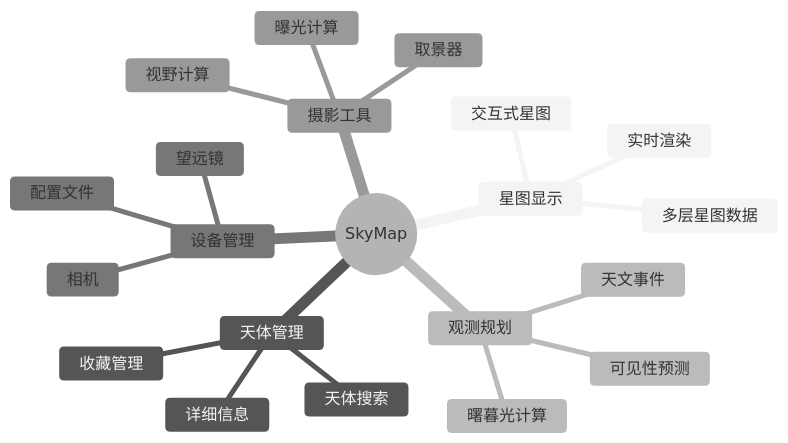
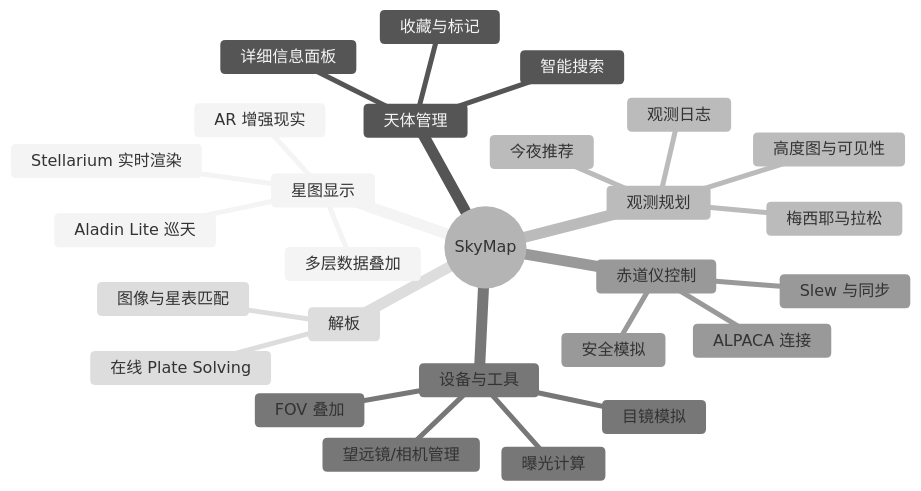
One commit to MaxQian888/cobalt-skymap changed the diagram in docs/getting-started/quick-tour.md. Above: the diagram before and after it, drawn with Mermaid (neutral theme). The commit also changed other lines of this file and 253 other files, not shown here.

````diff
--- a/docs/getting-started/quick-tour.md
+++ b/docs/getting-started/quick-tour.md
@@ -27,24 +25,30 @@
 ```mermaid
 mindmap
   root((SkyMap))
     星图显示
-      交互式星图
-      多层星图数据
-      实时渲染
+      Stellarium 实时渲染
+      Aladin Lite 巡天
+      AR 增强现实
+      多层数据叠加
     天体管理
-      天体搜索
-      详细信息
-      收藏管理
+      智能搜索
+      详细信息面板
+      收藏与标记
     观测规划
-      可见性预测
-      曙暮光计算
-      天文事件
-    设备管理
-      望远镜
-      相机
-      配置文件
-    摄影工具
-      视野计算
+      今夜推荐
+      高度图与可见性
+      梅西耶马拉松
+      观测日志
+    设备与工具
+      望远镜/相机管理
+      FOV 叠加
       曝光计算
-      取景器
+      目镜模拟
+    赤道仪控制
+      ALPACA 连接
+      Slew 与同步
+      安全模拟
+    解板
+      在线 Plate Solving
+      图像与星表匹配
 ```
````
